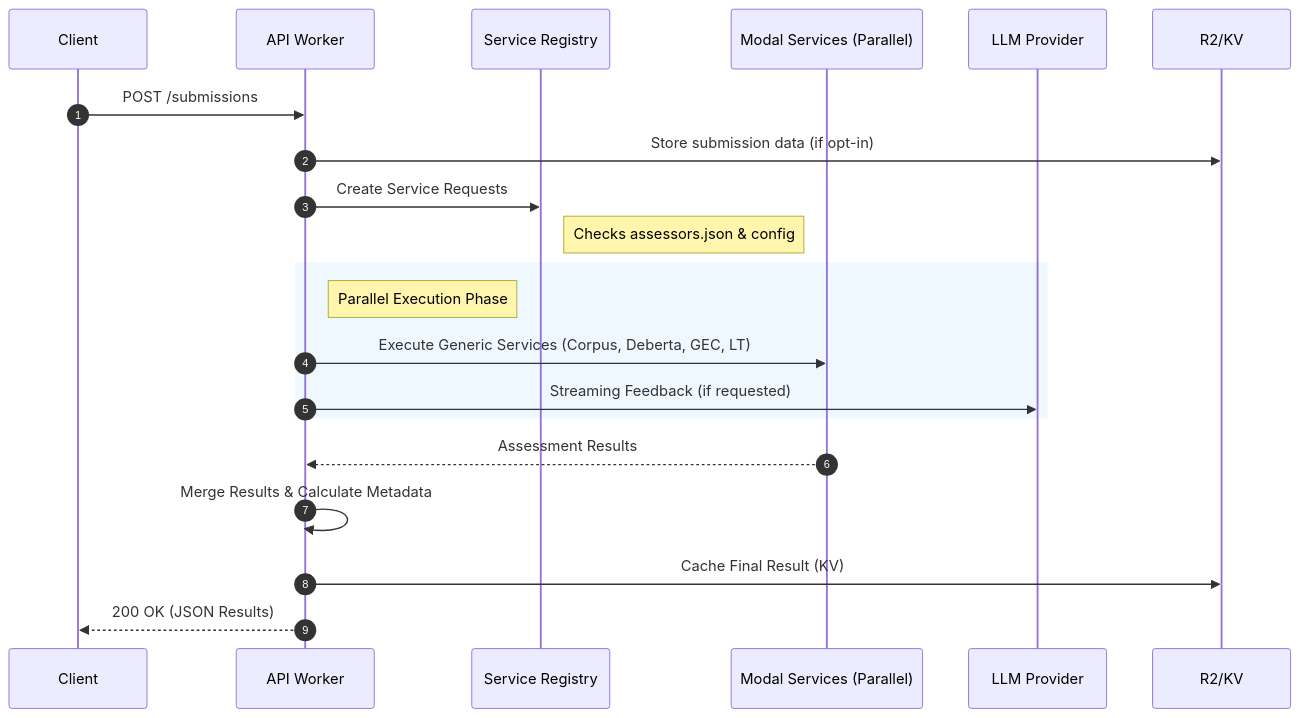
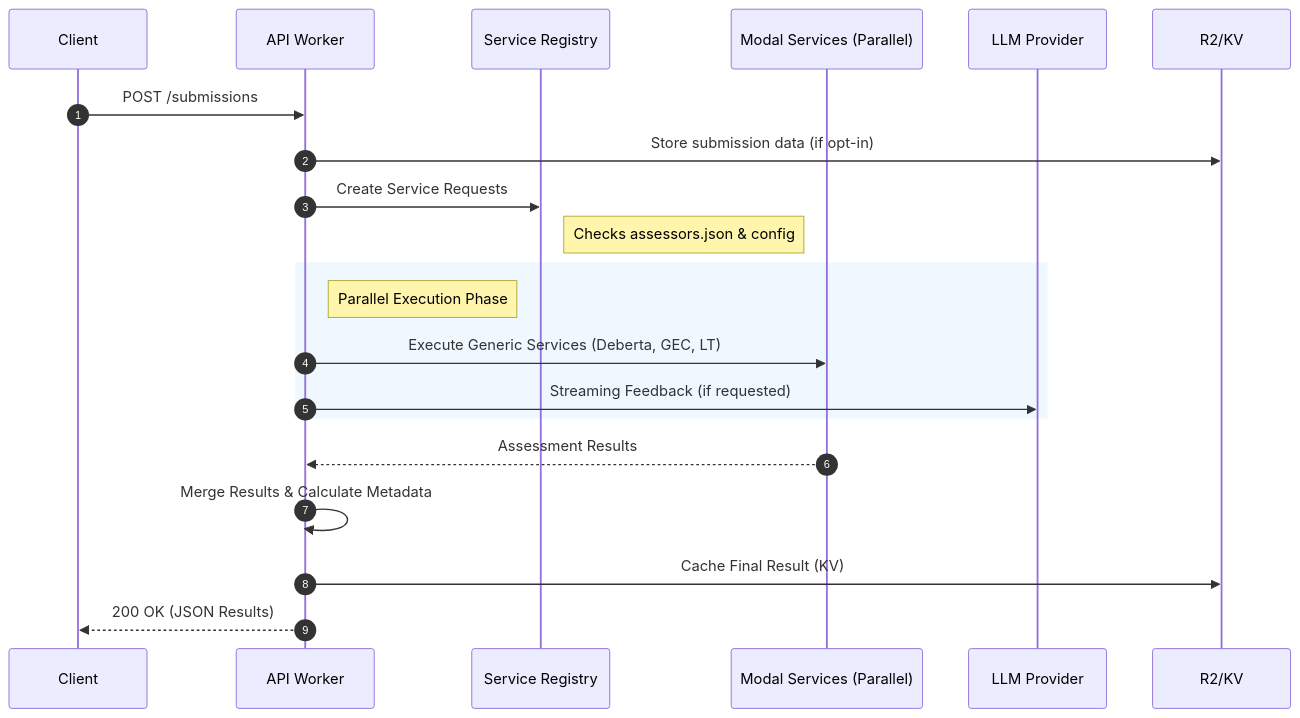
The second of 2 diagrams in docs/architecture/overview.md (rgilks/writeo), drawn with Mermaid before and after one commit. The commit also changed other lines of this file and 31 other files, not shown here.

````diff
--- a/docs/architecture/overview.md
+++ b/docs/architecture/overview.md
@@ -147,28 +143,28 @@
 ```mermaid
 sequenceDiagram
     autonumber
     participant Client
     participant API as API Worker
     participant Registry as Service Registry
     participant ML as Modal Services (Parallel)
     participant LLM as LLM Provider
     participant Store as R2/KV
 
     Client->>API: POST /submissions
     API->>Store: Store submission data (if opt-in)
 
     API->>Registry: Create Service Requests
     note right of Registry: Checks assessors.json & config
 
     rect rgb(240, 248, 255)
         note right of API: Parallel Execution Phase
-        API->>ML: Execute Generic Services (Corpus, Deberta, GEC, LT)
+        API->>ML: Execute Generic Services (Deberta, GEC, LT)
         API->>LLM: Streaming Feedback (if requested)
     end
 
     ML-->>API: Assessment Results
 
     API->>API: Merge Results & Calculate Metadata
     API->>Store: Cache Final Result (KV)
     API-->>Client: 200 OK (JSON Results)
 ```
````
